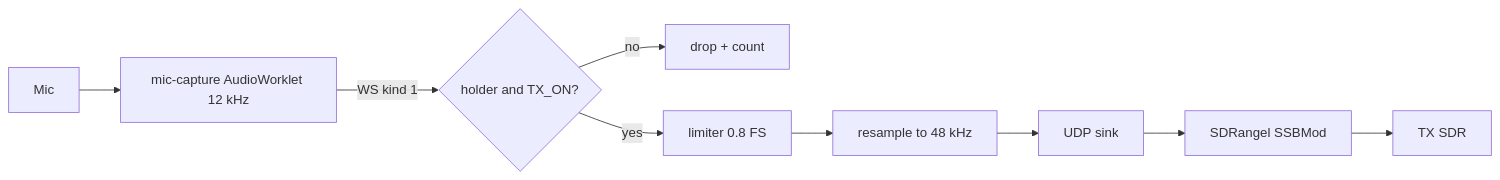
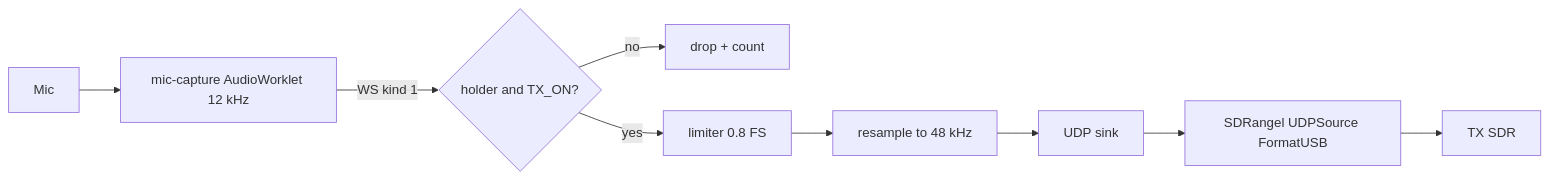
One commit to Brico-Hams/BricoHams-QO100-Station changed the fifth of 7 diagrams in docs/ARCHITECTURE.md. Above: the diagram before and after it, drawn with Mermaid. The commit also changed other lines of this file and 28 other files, not shown here.

Commit message:
feat: align SDRangel client with real API, UDPSource/UDPSink audio, strict mock, FreqTracker beacon engine (phase 14b)

````diff
--- a/docs/ARCHITECTURE.md
+++ b/docs/ARCHITECTURE.md
@@ -95,6 +95,6 @@
 ```mermaid
 flowchart LR
   M[Mic] --> W[mic-capture AudioWorklet 12 kHz] -- WS kind 1 --> G{holder and TX_ON?}
   G -- no --> X[drop + count]
-  G -- yes --> Lm[limiter 0.8 FS] --> Rs[resample to 48 kHz] --> U[UDP sink] --> D2[SDRangel SSBMod] --> HW[TX SDR]
+  G -- yes --> Lm[limiter 0.8 FS] --> Rs[resample to 48 kHz] --> U[UDP sink] --> D2[SDRangel UDPSource FormatUSB] --> HW[TX SDR]
 ```
````
